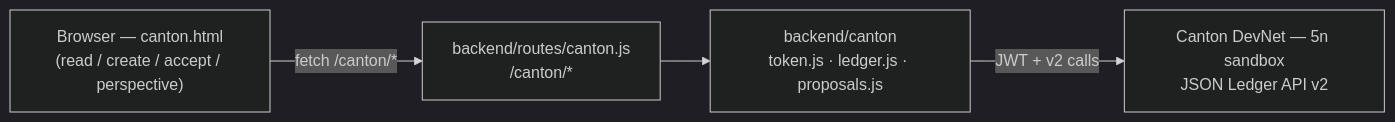
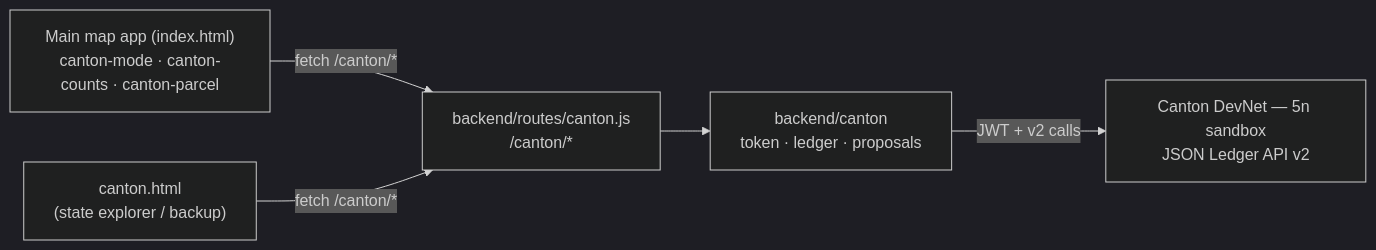
The first of 2 diagrams in feature-daml-readme.md (Poglavar/consensus-builder), drawn with Mermaid (dark theme) before and after one commit. The commit also changed other lines of this file and 3 other files, not shown here.

````diff
--- a/feature-daml-readme.md
+++ b/feature-daml-readme.md
@@ -35,8 +37,11 @@
 ```mermaid
 flowchart LR
-    UI["Browser — canton.html<br/>(read / create / accept / perspective)"]
+    UI["Main map app (index.html)<br/>canton-mode · canton-counts · canton-parcel"]
+    EXP["canton.html<br/>(state explorer / backup)"]
     R["backend/routes/canton.js<br/>/canton/*"]
-    C["backend/canton<br/>token.js · ledger.js · proposals.js"]
+    C["backend/canton<br/>token · ledger · proposals"]
     L["Canton DevNet — 5n sandbox<br/>JSON Ledger API v2"]
-    UI -->|fetch /canton/*| R --> C -->|JWT + v2 calls| L
+    UI -->|fetch /canton/*| R
+    EXP -->|fetch /canton/*| R
+    R --> C -->|JWT + v2 calls| L
 ```
````
